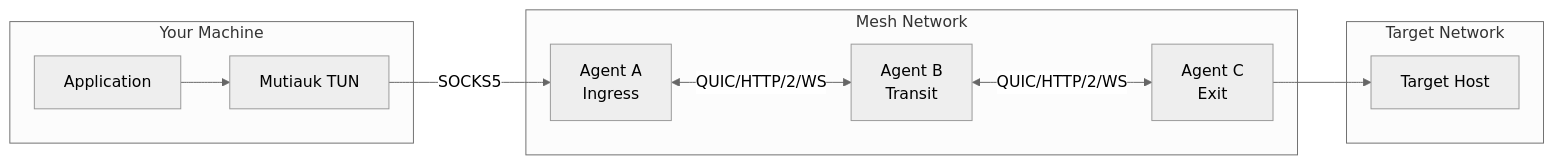
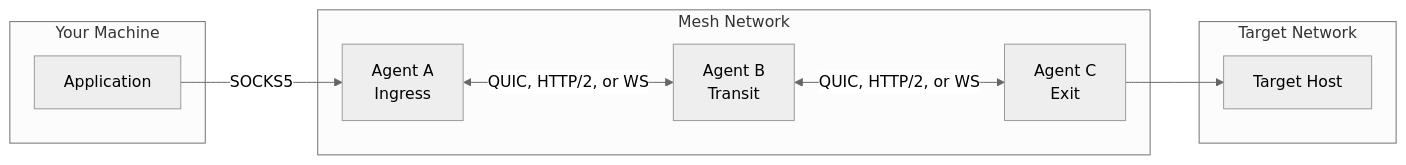
Before and after one commit to Muti-Metroo/Muti-Metroo: the second of 4 diagrams in docs/docs/comparisons/vs-ssh-jump.md, drawn with Mermaid (neutral theme). The commit also changed other lines of this file and 156 other files, not shown here.

````diff
--- a/docs/docs/comparisons/vs-ssh-jump.md
+++ b/docs/docs/comparisons/vs-ssh-jump.md
@@ -69,23 +66,21 @@
 ```mermaid
 flowchart LR
     subgraph Your Machine
         App[Application]
-        TUN[Mutiauk TUN]
     end
 
     subgraph Mesh Network
         A[Agent A<br/>Ingress]
         B[Agent B<br/>Transit]
         C[Agent C<br/>Exit]
     end
 
     subgraph Target Network
         Target[Target Host]
     end
 
-    App --> TUN
-    TUN -->|"SOCKS5"| A
-    A <-->|"QUIC/HTTP/2/WS"| B
-    B <-->|"QUIC/HTTP/2/WS"| C
+    App -->|"SOCKS5"| A
+    A <-->|"QUIC, HTTP/2, or WS"| B
+    B <-->|"QUIC, HTTP/2, or WS"| C
     C --> Target
 ```
````
